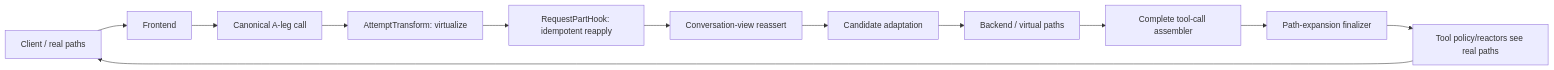
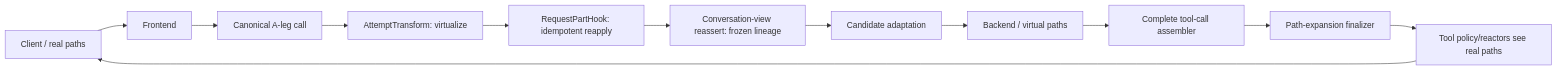
Before and after one commit to matdev83/go-llm-interactive-proxy: the diagram in .kiro/specs/b-leg-path-virtualization/design.md, drawn with Mermaid. The commit also changed other lines of this file and 4 other files, not shown here.

````diff
--- a/.kiro/specs/b-leg-path-virtualization/design.md
+++ b/.kiro/specs/b-leg-path-virtualization/design.md
@@ -87,14 +91,14 @@
 ```mermaid
 flowchart LR
     C[Client / real paths] --> FE[Frontend]
     FE --> A[Canonical A-leg call]
     A --> AT[AttemptTransform: virtualize]
     AT --> RH[RequestPartHook: idempotent reapply]
-    RH --> CV[Conversation-view reassert]
+    RH --> CV[Conversation-view reassert: frozen lineage]
     CV --> AD[Candidate adaptation]
     AD --> B[Backend / virtual paths]
     B --> ASM[Complete tool-call assembler]
     ASM --> EXP[Path-expansion finalizer]
     EXP --> POL[Tool policy/reactors see real paths]
     POL --> C
 ```
````
